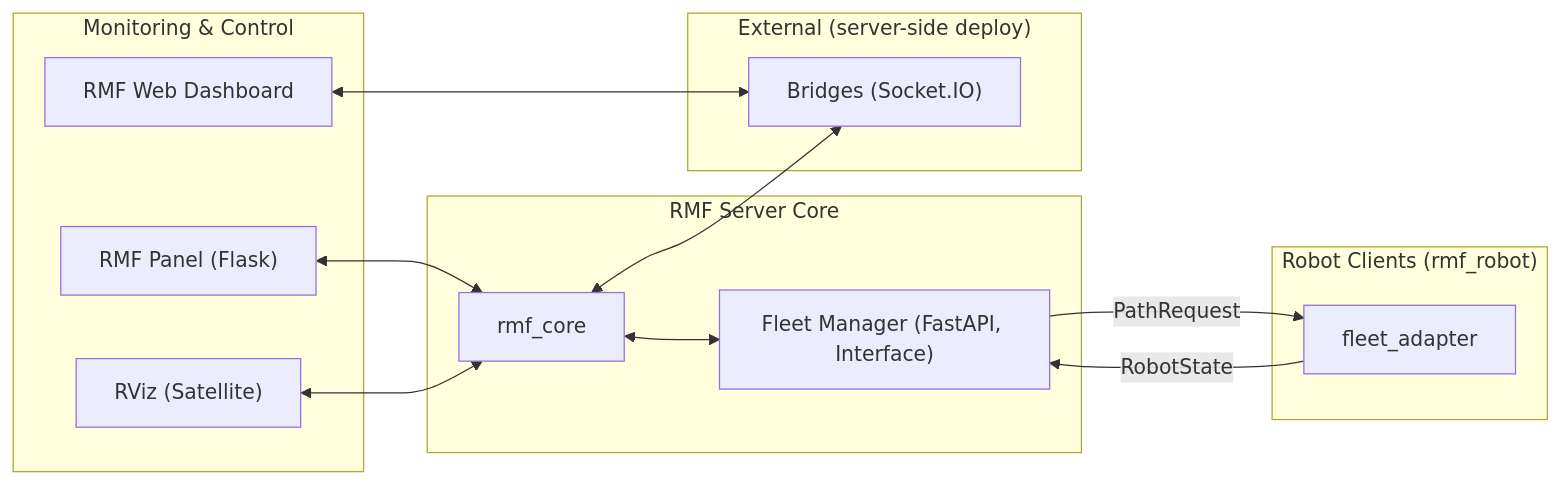
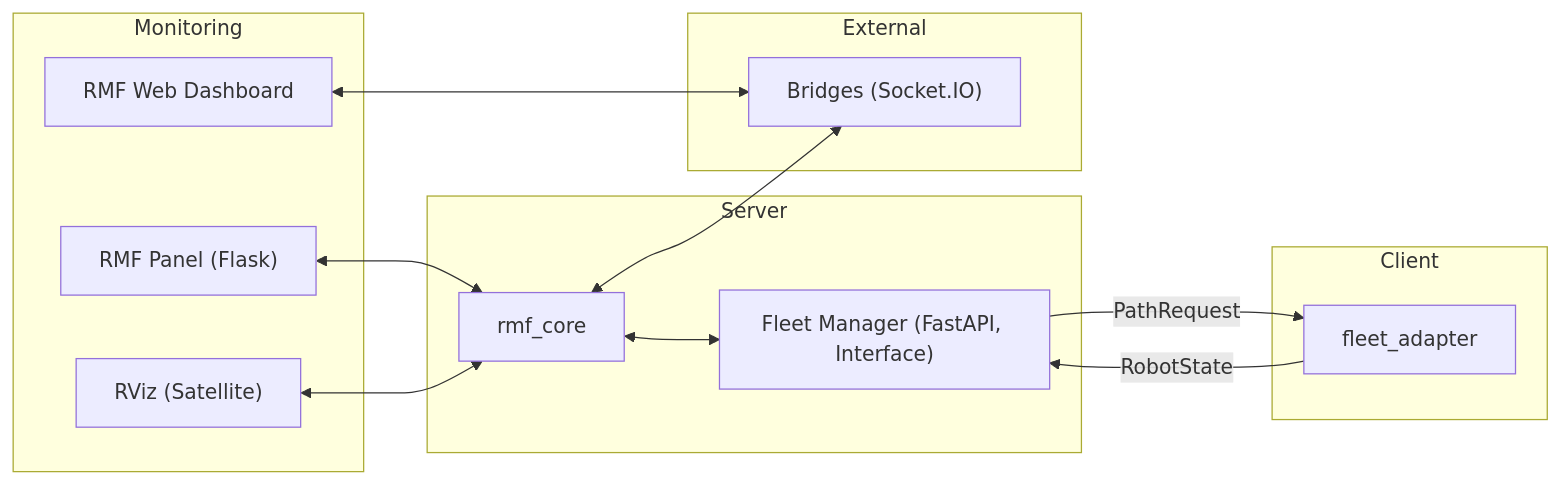
One commit to DeveloperKSH/Open-RMF_Server changed the diagram in README.md. Above: the diagram before and after it, drawn with Mermaid.

Commit message:
md file update

````diff
--- a/README.md
+++ b/README.md
@@ -60,40 +60,40 @@
 ```mermaid
 flowchart LR
   %% ----- Server Core -----
-  subgraph Core["RMF Server Core"]
+  subgraph Core["Server"]
     rmfcore["rmf_core"]
     fm["Fleet Manager (FastAPI, Interface)"]
   end
 
   %% ----- External (robot viewpoint) -----
-  subgraph Ext["External (server-side deploy)"]
+  subgraph Ext["External"]
     bridge["Bridges (Socket.IO)"]
   end
 
   %% ----- Monitoring -----
-  subgraph Mon["Monitoring & Control"]
+  subgraph Mon["Monitoring"]
     dash["RMF Web Dashboard"]
     panel["RMF Panel (Flask)"]
     rviz["RViz (Satellite)"]
   end
 
   %% ----- Robot Clients -----
-  subgraph Clients["Robot Clients (rmf_robot)"]
+  subgraph Clients["Client"]
     adapter["fleet_adapter"]
   end
 
   %% Server internals
   rmfcore <--> fm
 
   %% Core ↔ External
   rmfcore <--> bridge
 
   %% Monitoring
   dash <--> bridge
   panel <--> rmfcore
   rviz <--> rmfcore
 
   %% Server ↔ Robot
   fm -- "PathRequest" --> adapter
   adapter -- "RobotState" --> fm
   ```
````
